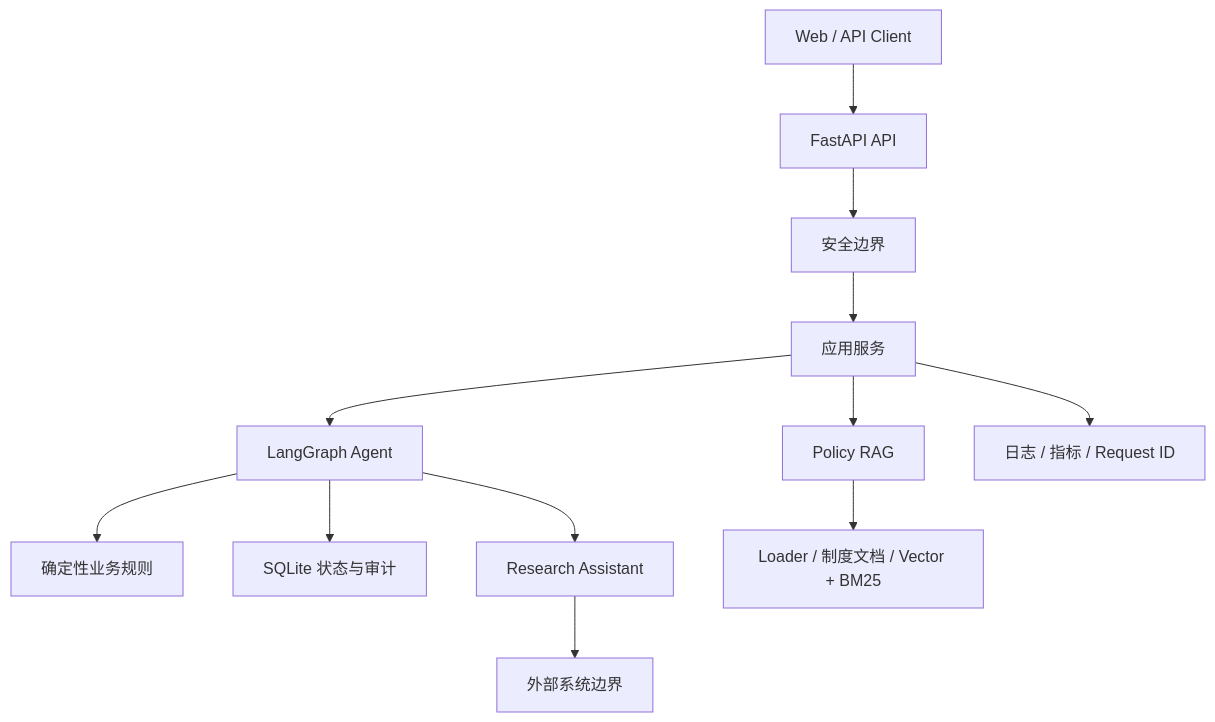
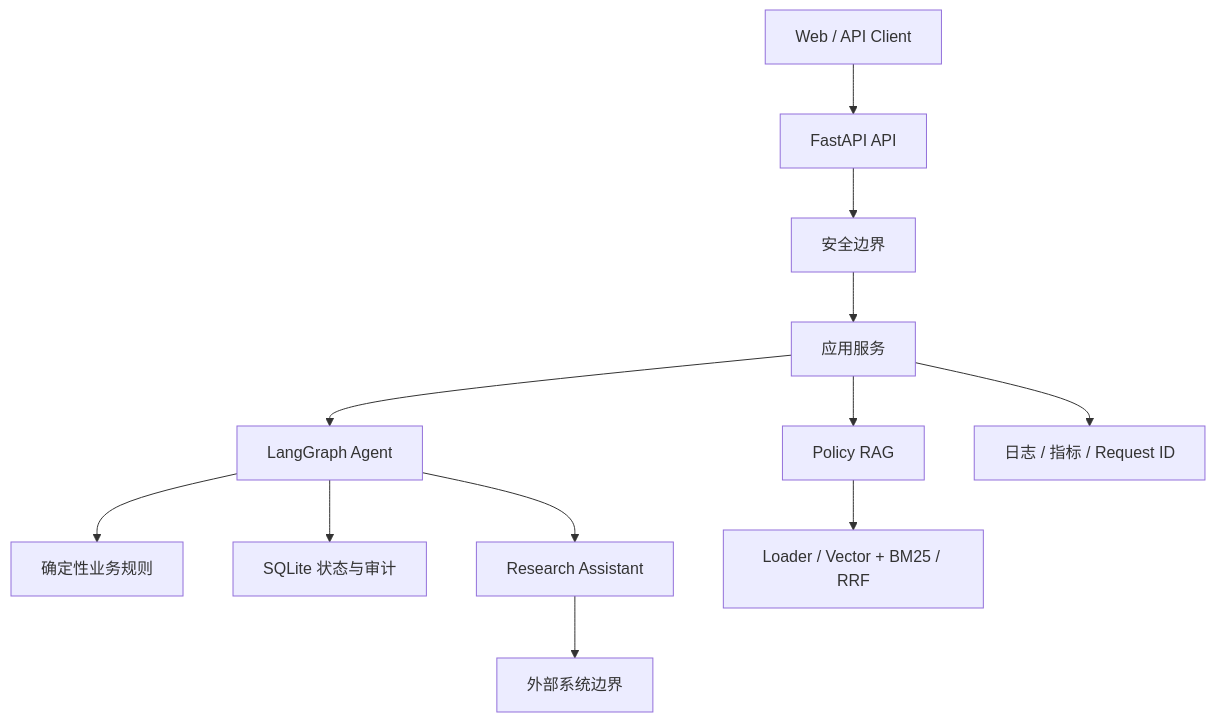
One commit to greyle12/enterprise-policy-agent changed the first of 3 diagrams in docs/system_architecture.md. Above: the diagram before and after it, drawn with Mermaid. The commit also changed other lines of this file and 29 other files, not shown here.

Commit message:
feat(rag): add hybrid search with RRF

````diff
--- a/docs/system_architecture.md
+++ b/docs/system_architecture.md
@@ -7,14 +7,14 @@
 ```mermaid
 flowchart TD
     Client["Web / API Client"] --> API["FastAPI API"]
     API --> Security["安全边界"]
     Security --> Services["应用服务"]
     Services --> Agent["LangGraph Agent"]
     Services --> RAG["Policy RAG"]
     Agent --> Rules["确定性业务规则"]
     Agent --> State["SQLite 状态与审计"]
     Agent --> Research["Research Assistant"]
-    RAG --> Policies["Loader / 制度文档 / Vector + BM25"]
+    RAG --> Policies["Loader / Vector + BM25 / RRF"]
     Research --> External["外部系统边界"]
     Services --> Observe["日志 / 指标 / Request ID"]
 ```
````
